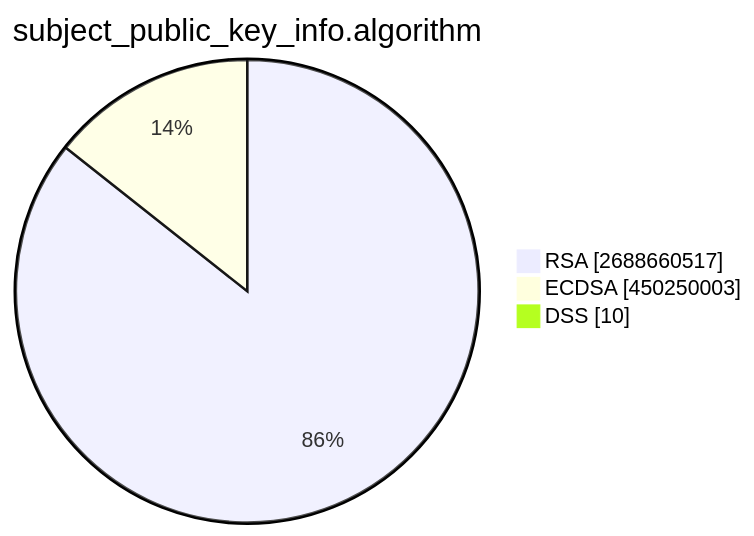
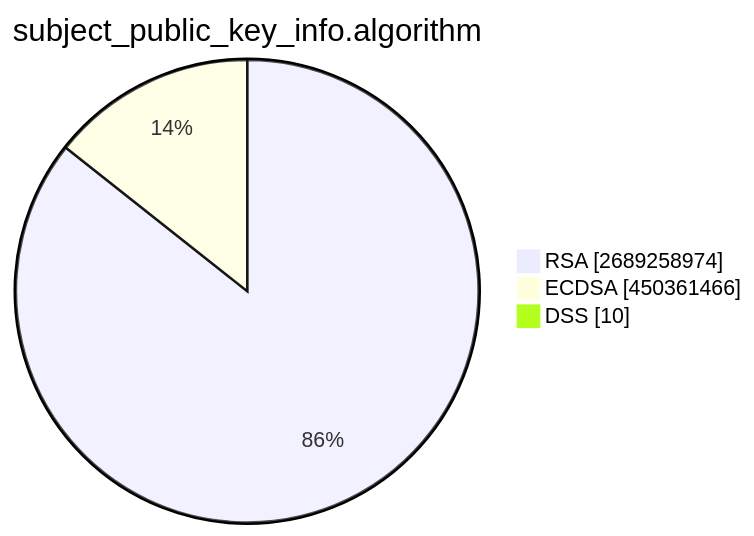
The second of 15 diagrams in TOTAL/README.md (christiankrug/ctmonitor_visualization), drawn with Mermaid before and after one commit. The commit also changed other lines of this file, not shown here.

````diff
--- a/TOTAL/README.md
+++ b/TOTAL/README.md
@@ -6,7 +6,7 @@
 ```mermaid
 pie showData
 title subject_public_key_info.algorithm
-"RSA" :2688660517
-"ECDSA" :450250003
+"RSA" :2689258974
+"ECDSA" :450361466
 "DSS" :10
 ```
````
